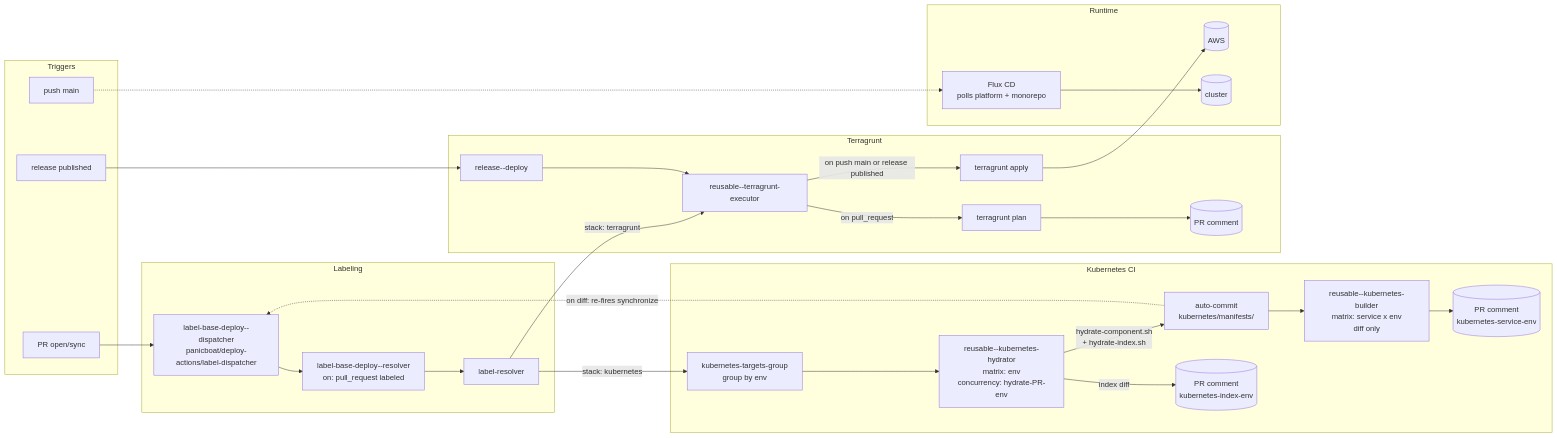
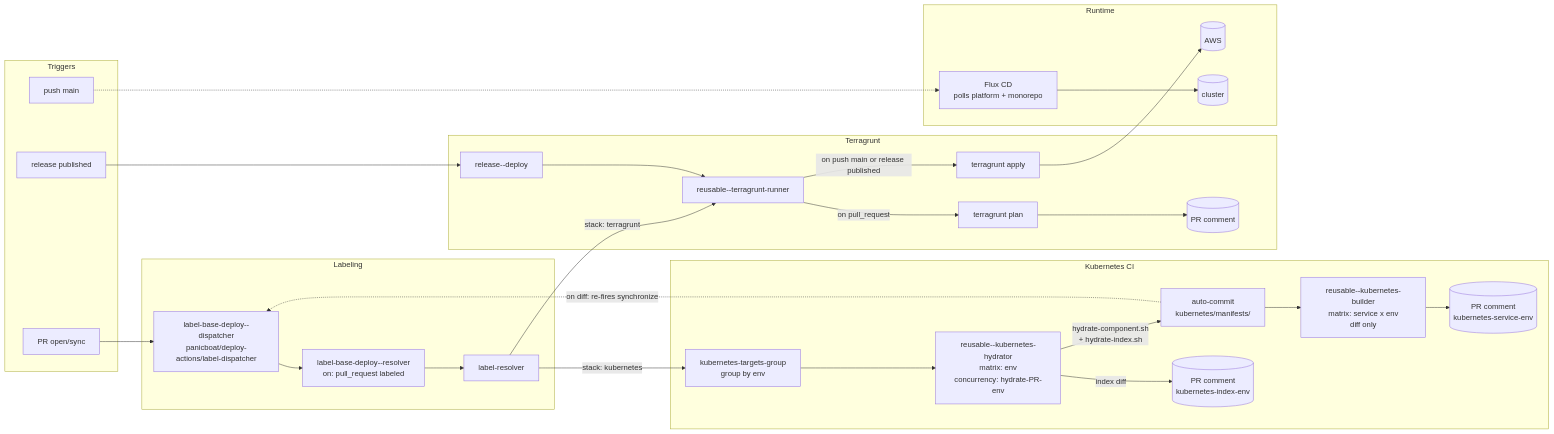
Before and after one commit to panicboat/platform: the diagram in README-ja.md, drawn with Mermaid. The commit also changed other lines of this file and 5 other files, not shown here.

First line of the commit message:
ci: rename the terragrunt executor workflow to terragrunt runner

````diff
--- a/README-ja.md
+++ b/README-ja.md
@@ -80,57 +80,57 @@
 ```mermaid
 flowchart LR
   subgraph Triggers
     PRevent[PR open/sync]
     Mainpush[push main]
     Release[release published]
   end
 
   subgraph Labeling
     Dispatcher[label-base-deploy--dispatcher<br/>panicboat/deploy-actions/label-dispatcher]
     Trigger[label-base-deploy--resolver<br/>on: pull_request labeled]
     Resolver[label-resolver]
   end
 
   subgraph KubernetesCI [Kubernetes CI]
     Group[kubernetes-targets-group<br/>group by env]
     Hydrator[reusable--kubernetes-hydrator<br/>matrix: env<br/>concurrency: hydrate-PR-env]
     Commit[auto-commit<br/>kubernetes/manifests/]
     Builder[reusable--kubernetes-builder<br/>matrix: service x env<br/>diff only]
     IndexComment[(PR comment<br/>kubernetes-index-env)]
     CompComment[(PR comment<br/>kubernetes-service-env)]
   end
 
   subgraph Terragrunt
     ReleaseTrigger[release--deploy]
-    TG[reusable--terragrunt-executor]
+    TG[reusable--terragrunt-runner]
     Plan[terragrunt plan]
     Apply[terragrunt apply]
     PRComment[(PR comment)]
   end
 
   subgraph Runtime
     AWS[(AWS)]
     FluxCD[Flux CD<br/>polls platform + monorepo]
     Cluster[(cluster)]
   end
 
   PRevent --> Dispatcher
   Dispatcher --> Trigger
   Trigger --> Resolver
   Resolver -->|stack: terragrunt| TG
   Release --> ReleaseTrigger
   ReleaseTrigger --> TG
   TG -->|on pull_request| Plan
   TG -->|on push main or release published| Apply
   Plan --> PRComment
   Apply --> AWS
   Resolver -->|stack: kubernetes| Group
   Group --> Hydrator
   Hydrator -->|hydrate-component.sh<br/>+ hydrate-index.sh| Commit
   Hydrator -->|index diff| IndexComment
   Commit --> Builder
   Builder --> CompComment
   Mainpush -.-> FluxCD
   FluxCD --> Cluster
   Commit -.->|on diff: re-fires synchronize| Dispatcher
 ```
````
